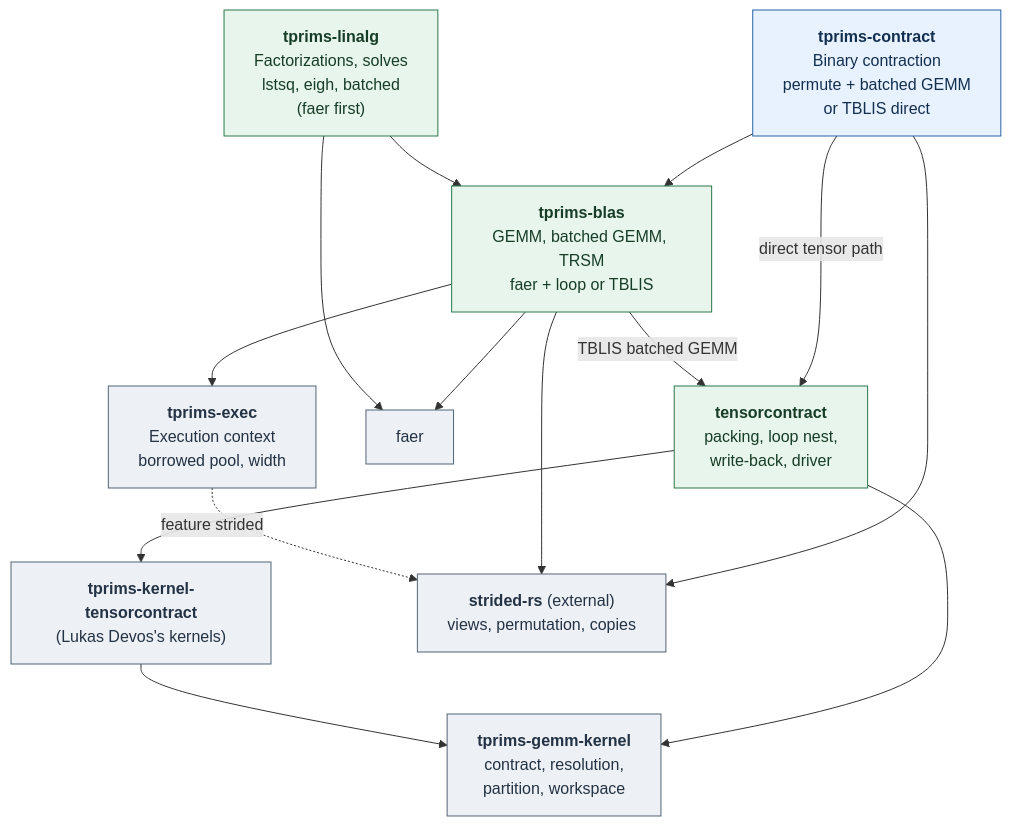
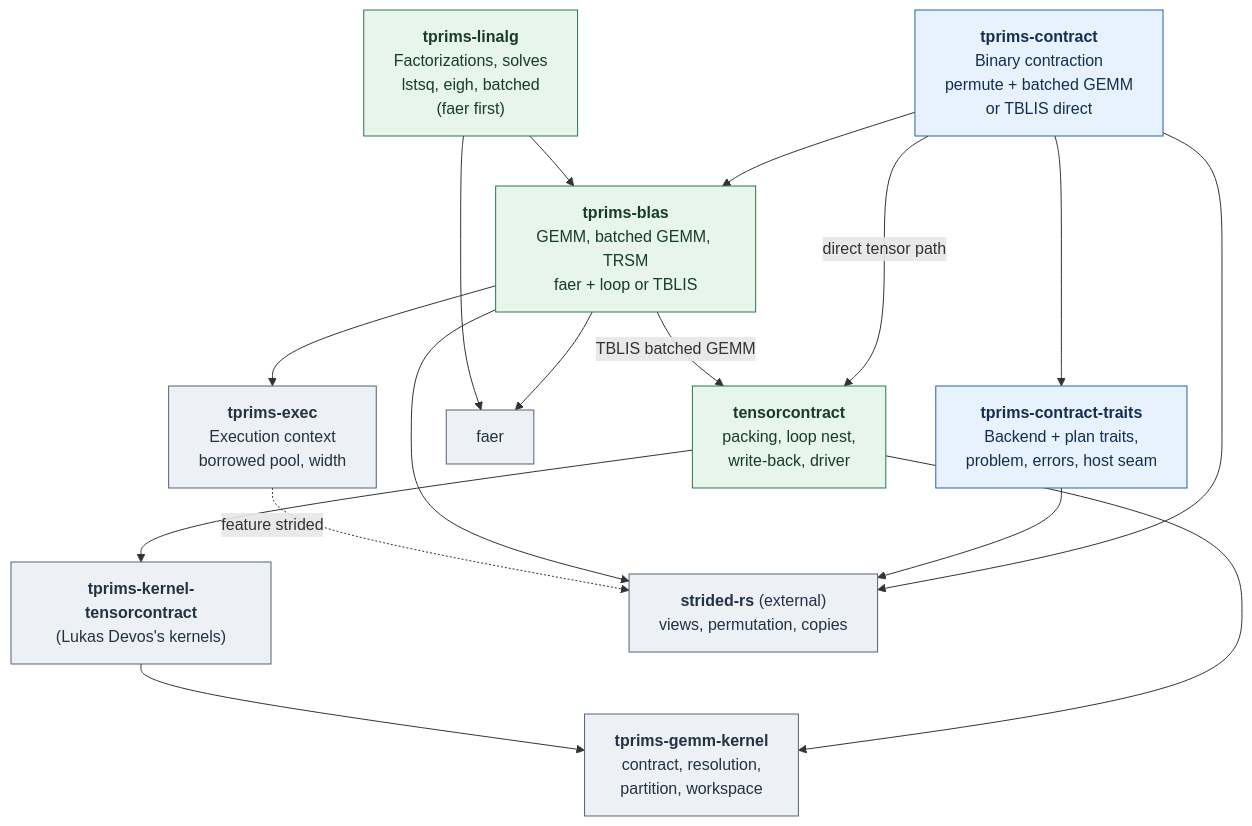
The first of 2 diagrams in README.md (shinaoka/tensoralgebra-rs), drawn with Mermaid before and after one commit. The commit also changed other lines of this file and 3 other files, not shown here.

Commit message:
Document the neutral contraction interface: README, architecture table, decision log

````diff
--- a/README.md
+++ b/README.md
@@ -39,32 +39,35 @@
 ```mermaid
 flowchart TB
     CT["<b>tprims-contract</b><br/>Binary contraction<br/>permute + batched GEMM<br/>or TBLIS direct"]
     LA["<b>tprims-linalg</b><br/>Factorizations, solves<br/>lstsq, eigh, batched<br/>(faer first)"]
     BL["<b>tprims-blas</b><br/>GEMM, batched GEMM, TRSM<br/>faer + loop or TBLIS"]
     TC["<b>tensorcontract</b><br/>packing, loop nest,<br/>write-back, driver"]
     GK["<b>tprims-gemm-kernel</b><br/>contract, resolution,<br/>partition, workspace"]
     KT["<b>tprims-kernel-tensorcontract</b><br/>(Lukas Devos's kernels)"]
+    TR["<b>tprims-contract-traits</b><br/>Backend + plan traits,<br/>problem, errors, host seam"]
     FA["faer"]
     ST["<b>strided-rs</b> (external)<br/>views, permutation, copies"]
     EX["<b>tprims-exec</b><br/>Execution context<br/>borrowed pool, width"]
     CT --> BL
     LA --> BL
     BL --> FA
     LA --> FA
     CT -->|"direct tensor path"| TC
     BL -->|"TBLIS batched GEMM"| TC
     TC --> GK
     TC --> KT
     KT --> GK
     CT --> ST
+    CT --> TR
+    TR --> ST
     BL --> ST
     BL --> EX
     EX -.->|"feature strided"| ST
     classDef tensor fill:#e8f2ff,stroke:#2563a6,color:#132f50
     classDef matrix fill:#e7f5ec,stroke:#28784c,color:#173d27
     classDef base fill:#edf0f4,stroke:#536477,color:#233244
-    class CT tensor
+    class CT,TR tensor
     class LA,BL,TC matrix
     class GK,KT base
     class FA,ST,EX base
 ```
````
